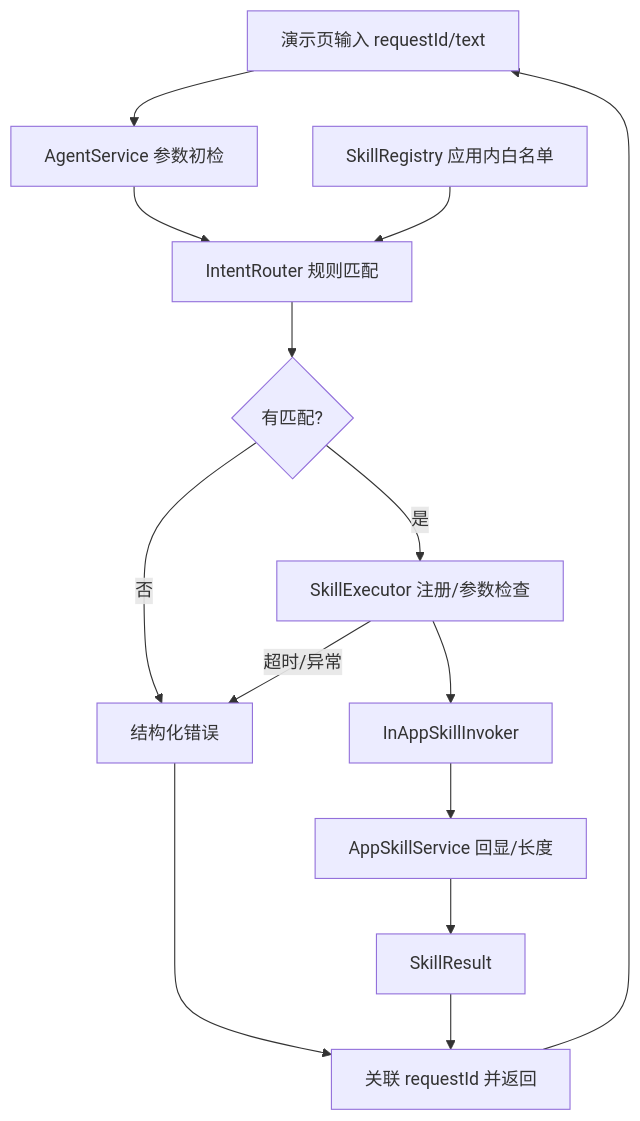
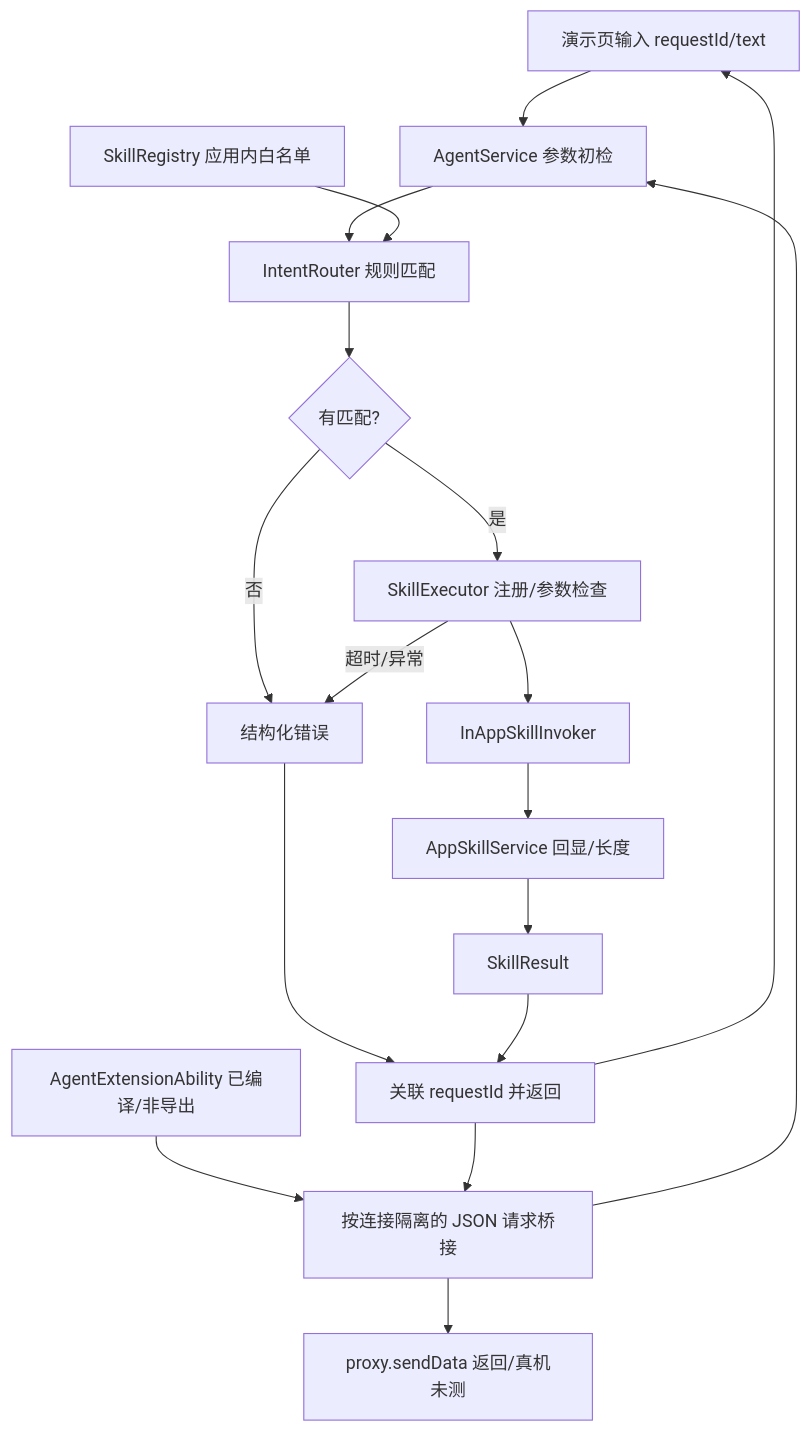
One commit to yaorz26/skill-for-harmony-G1-M1 changed the first of 3 diagrams in docs/architecture.md. Above: the diagram before and after it, drawn with Mermaid. The commit also changed other lines of this file and 24 other files, not shown here.

Commit message:
feat: integrate member B routing and implement Agent extension entry

````diff
--- a/docs/architecture.md
+++ b/docs/architecture.md
@@ -5,16 +5,20 @@
 ```mermaid
 flowchart TD
     UI[演示页输入 requestId/text] --> Agent[AgentService 参数初检]
+    Ext[AgentExtensionAbility 已编译/非导出] --> Bridge[按连接隔离的 JSON 请求桥接]
+    Bridge --> Agent
     Agent --> Router[IntentRouter 规则匹配]
     Registry[SkillRegistry 应用内白名单] --> Router
     Router --> Match{有匹配?}
     Match -->|否| Error[结构化错误]
     Match -->|是| Executor[SkillExecutor 注册/参数检查]
     Executor --> Invoker[InAppSkillInvoker]
     Invoker --> Service[AppSkillService 回显/长度]
     Service --> Result[SkillResult]
     Executor -->|超时/异常| Error
     Error --> Response[关联 requestId 并返回]
     Result --> Response
     Response --> UI
+    Response --> Bridge
+    Bridge --> Send[proxy.sendData 返回/真机未测]
 ```
````
